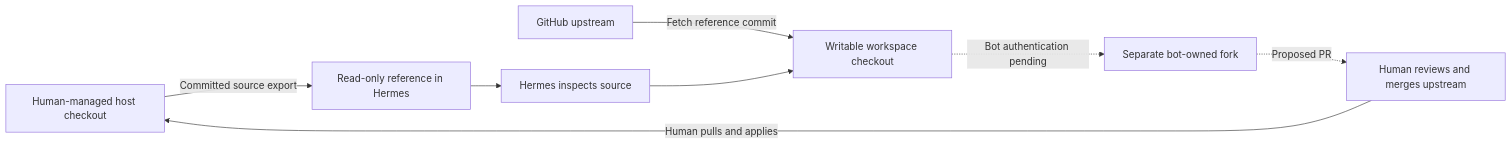
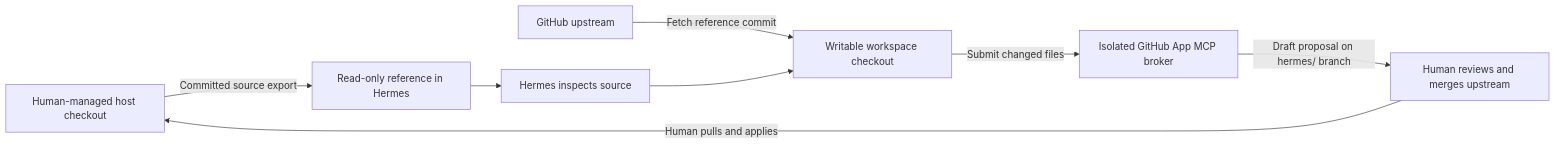
Before and after one commit to sevandewater/hermes-dev-loop: the diagram in docs/hermes-project-workflow.md, drawn with Mermaid. The commit also changed other lines of this file and 22 other files, not shown here.

Commit message:
feat: isolate GitHub App proposal tools behind an MCP broker

````diff
--- a/docs/hermes-project-workflow.md
+++ b/docs/hermes-project-workflow.md
@@ -9,10 +9,10 @@
 ```mermaid
 flowchart LR
   Host[Human-managed host checkout] -->|Committed source export| Reference[Read-only reference in Hermes]
   Reference --> Agent[Hermes inspects source]
   Upstream[GitHub upstream] -->|Fetch reference commit| Work[Writable workspace checkout]
   Agent --> Work
-  Work -. Bot authentication pending .-> Fork[Separate bot-owned fork]
-  Fork -. Proposed PR .-> Review[Human reviews and merges upstream]
+  Work -->|Submit changed files| Broker[Isolated GitHub App MCP broker]
+  Broker -->|Draft proposal on hermes/ branch| Review[Human reviews and merges upstream]
   Review -->|Human pulls and applies| Host
 ```
````
